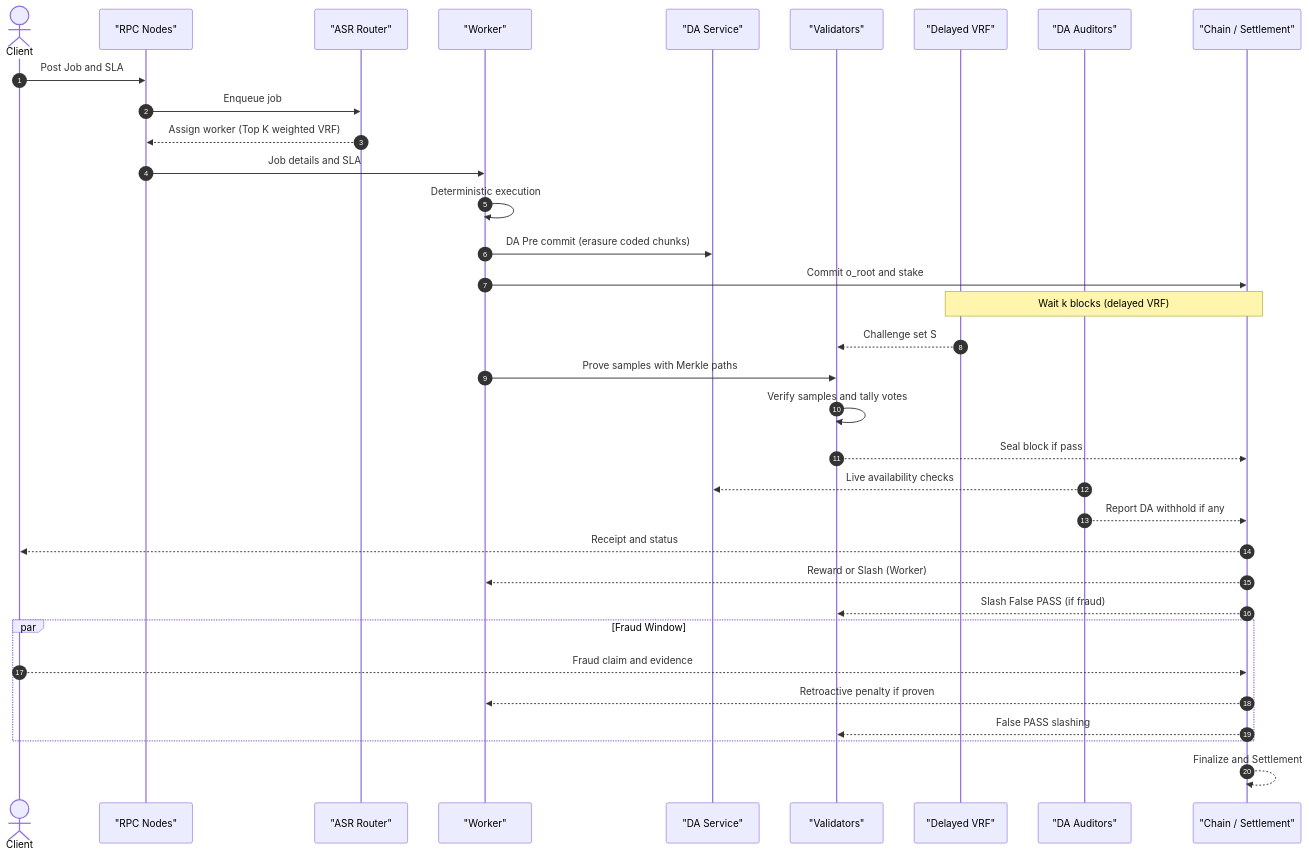
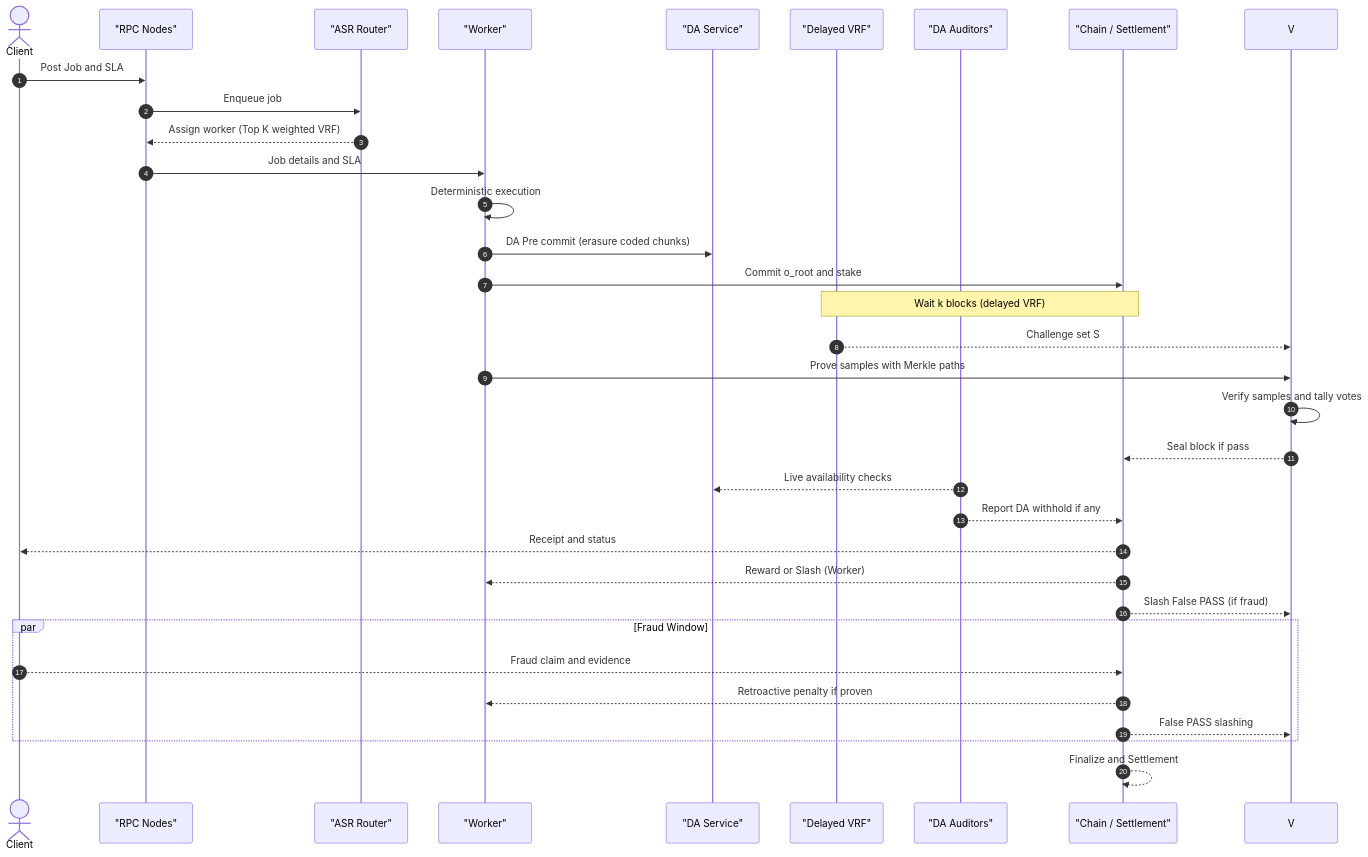
One commit to axionaxprotocol/axionax-monolith changed the second of 9 diagrams in apps/web/apps/docs/ARCHITECTURE.md. Above: the diagram before and after it, drawn with Mermaid. The commit also changed other lines of this file and 35 other files, not shown here.

````diff
--- a/apps/web/apps/docs/ARCHITECTURE.md
+++ b/apps/web/apps/docs/ARCHITECTURE.md
@@ -74,44 +84,43 @@
 ```mermaid
 sequenceDiagram
     autonumber
     actor Client
     participant RPC as "RPC Nodes"
     participant ASR as "ASR Router"
     participant W as "Worker"
     participant DA as "DA Service"
-    participant V as "Validators"
     participant VRF as "Delayed VRF"
     participant AUD as "DA Auditors"
     participant CH as "Chain / Settlement"
 
     Client->>RPC: Post Job and SLA
     RPC->>ASR: Enqueue job
     ASR-->>RPC: Assign worker (Top K weighted VRF)
     RPC->>W: Job details and SLA
 
     W->>W: Deterministic execution
     W->>DA: DA Pre commit (erasure coded chunks)
     W->>CH: Commit o_root and stake
 
     Note over VRF,CH: Wait k blocks (delayed VRF)
     VRF-->>V: Challenge set S
 
     W->>V: Prove samples with Merkle paths
     V->>V: Verify samples and tally votes
     V-->>CH: Seal block if pass
 
     AUD-->>DA: Live availability checks
     AUD-->>CH: Report DA withhold if any
 
     CH-->>Client: Receipt and status
     CH-->>W: Reward or Slash (Worker)
     CH-->>V: Slash False PASS (if fraud)
 
     par Fraud Window
         Client-->>CH: Fraud claim and evidence
         CH-->>W: Retroactive penalty if proven
         CH-->>V: False PASS slashing
     end
 
     CH-->>CH: Finalize and Settlement
 ```
````
